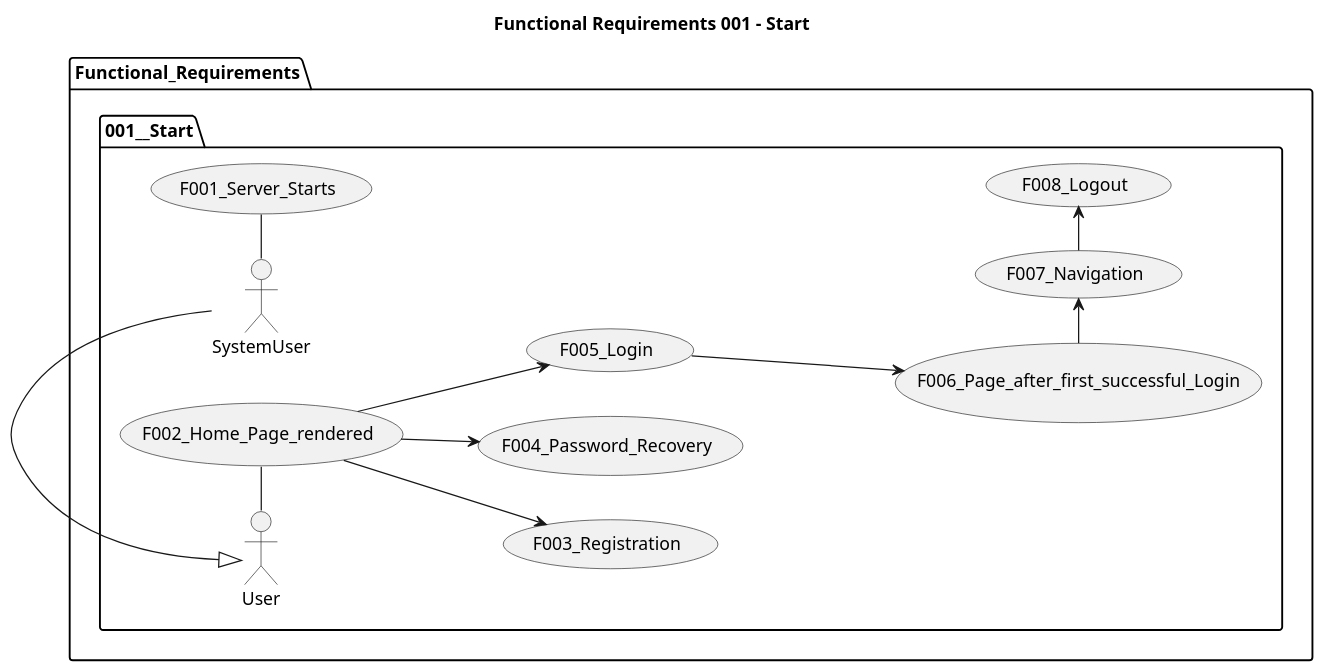
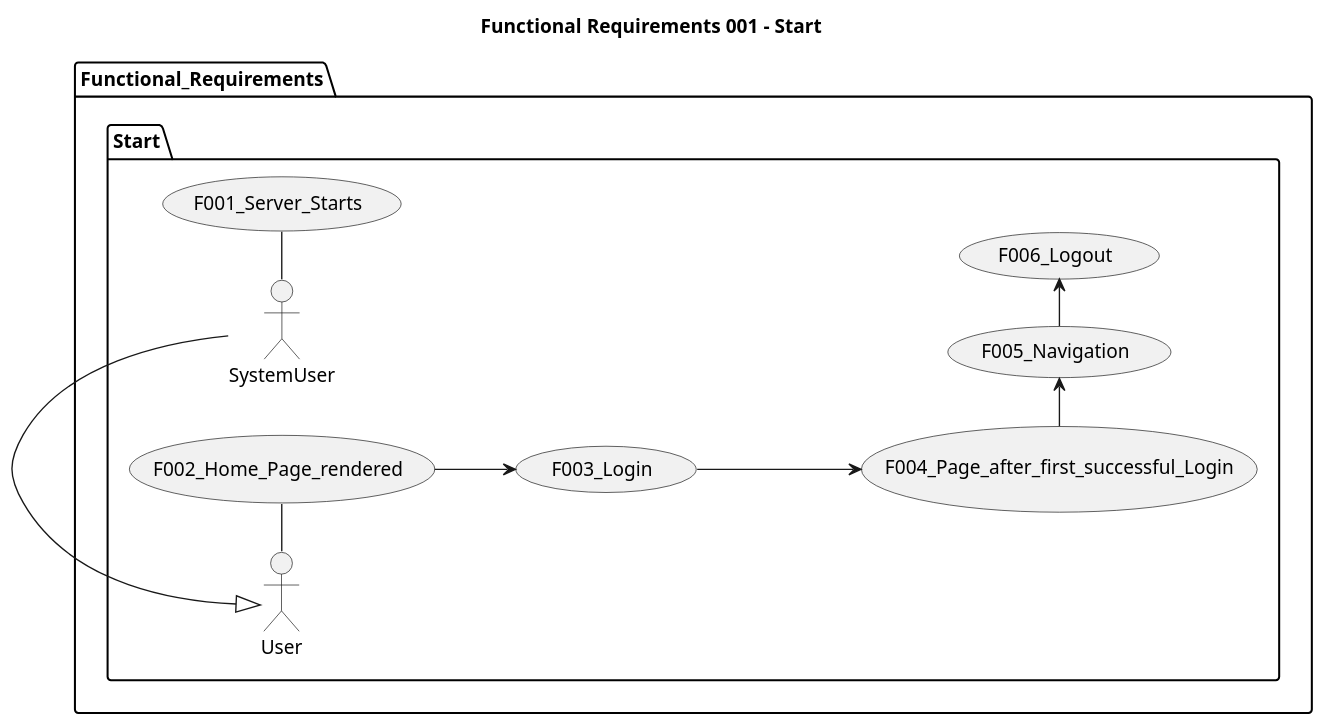
One commit to BloodMoneyApp/bloodmoney changed the diagram in src/main/plantuml/Bloodmoney__Use_Cases__001__Start.puml. Above: the diagram before and after it, drawn with PlantUML. The commit also changed 4 other files, not shown here.

Commit message:
documentation: class structure to UML

```diff
--- a/src/main/plantuml/Bloodmoney__Use_Cases__001__Start.puml
+++ b/src/main/plantuml/Bloodmoney__Use_Cases__001__Start.puml
@@ -1,28 +1,25 @@
 @startuml
 
 title Functional Requirements 001 - Start
 
 left to right direction
 'top to bottom direction
 
 'https://plantuml.com/use-case-diagram
 
 scale 1200 width
 
 package Functional_Requirements {
 
-  package 001__Start {
-    SystemUser - (F001_Server_Starts)
-    User - (F002_Home_Page_rendered)
-    (F002_Home_Page_rendered) --> (F003_Registration)
-    (F002_Home_Page_rendered) --> (F004_Password_Recovery)
-    (F002_Home_Page_rendered) --> (F005_Login)
-    (F005_Login) ---> (F006_Page_after_first_successful_Login)
-    (F006_Page_after_first_successful_Login) -> (F007_Navigation)
-    (F007_Navigation) -> (F008_Logout)
+  package Start {
+      SystemUser - (F001_Server_Starts)
+      User - (F002_Home_Page_rendered)
+      (F002_Home_Page_rendered) --> (F003_Login)
+      (F003_Login) ---> (F004_Page_after_first_successful_Login)
+      (F004_Page_after_first_successful_Login) -> (F005_Navigation)
+      (F005_Navigation) -> (F006_Logout)
 
-    User <|- SystemUser
-  }
-
+      User <|- SystemUser
+    }
 }
 @enduml
```
